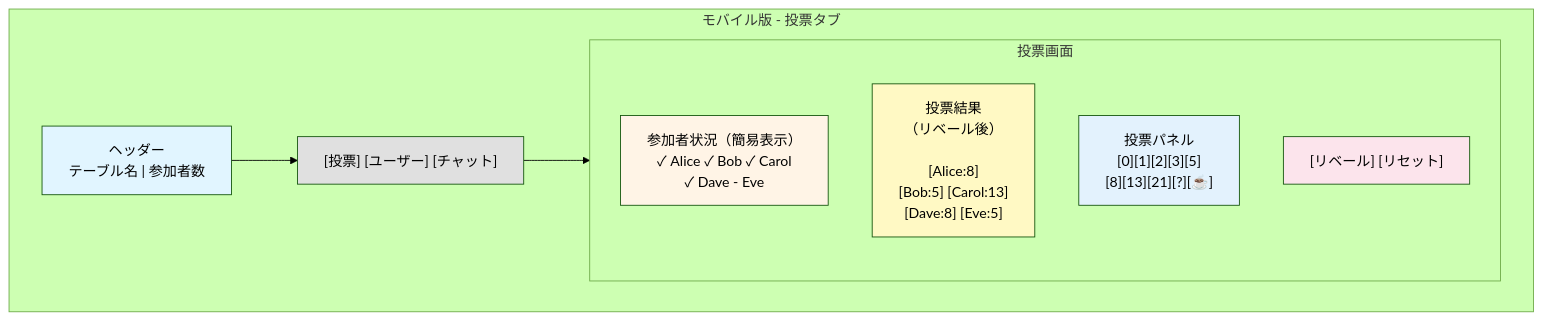
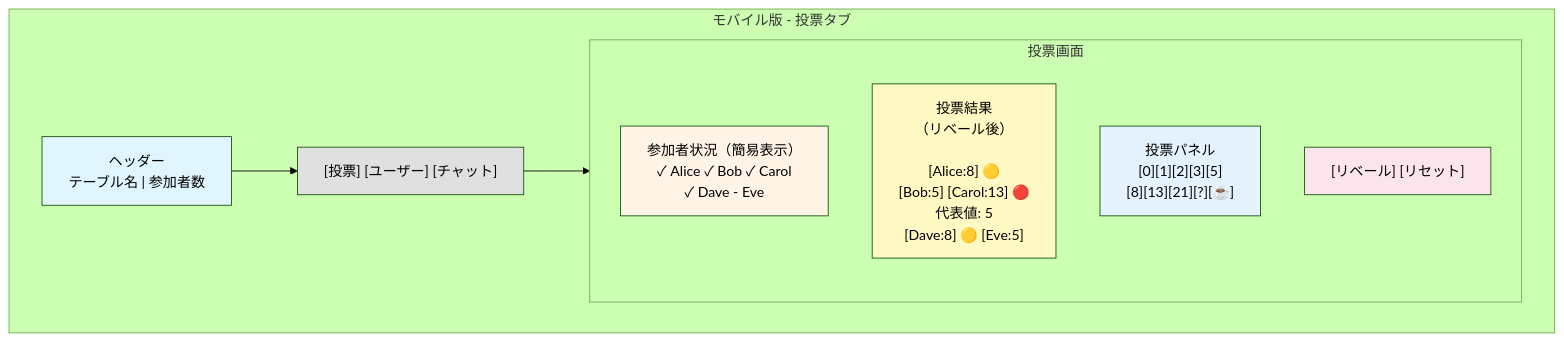
The second of 4 diagrams in docs/drafts/specifications_rev1.draft.md (raysihto-playground-25/pp-tables-etude), drawn with Mermaid (forest theme) before and after one commit. The commit also changed other lines of this file, not shown here.

````diff
--- a/docs/drafts/specifications_rev1.draft.md
+++ b/docs/drafts/specifications_rev1.draft.md
@@ -598,24 +650,24 @@
 ```mermaid
 graph TB
     subgraph MobileVoting["モバイル版 - 投票タブ"]
         MHeader1["ヘッダー<br/>テーブル名 | 参加者数"]
         Tabs1["[投票] [ユーザー] [チャット]"]
         
         subgraph VotingTab["投票画面"]
             MUserListCompact["参加者状況（簡易表示）<br/>✓ Alice  ✓ Bob  ✓ Carol<br/>✓ Dave  - Eve"]
-            MVotingArea["投票結果<br/>（リベール後）<br/><br/>[Alice:8]<br/>[Bob:5] [Carol:13]<br/>[Dave:8] [Eve:5]"]
+            MVotingArea["投票結果<br/>（リベール後）<br/><br/>[Alice:8] 🟡<br/>[Bob:5] [Carol:13] 🔴<br/>代表値: 5<br/>[Dave:8] 🟡 [Eve:5]"]
             MVotingPanel["投票パネル<br/>[0][1][2][3][5]<br/>[8][13][21][?][☕]"]
             MControls1["[リベール] [リセット]"]
         end
     end
     
     MHeader1 --> Tabs1
     Tabs1 --> VotingTab
     
     style MHeader1 fill:#e1f5ff
     style Tabs1 fill:#e0e0e0
     style MUserListCompact fill:#fff4e6
     style MVotingArea fill:#fff9c4
     style MVotingPanel fill:#e3f2fd
     style MControls1 fill:#fce4ec
 ```
````
